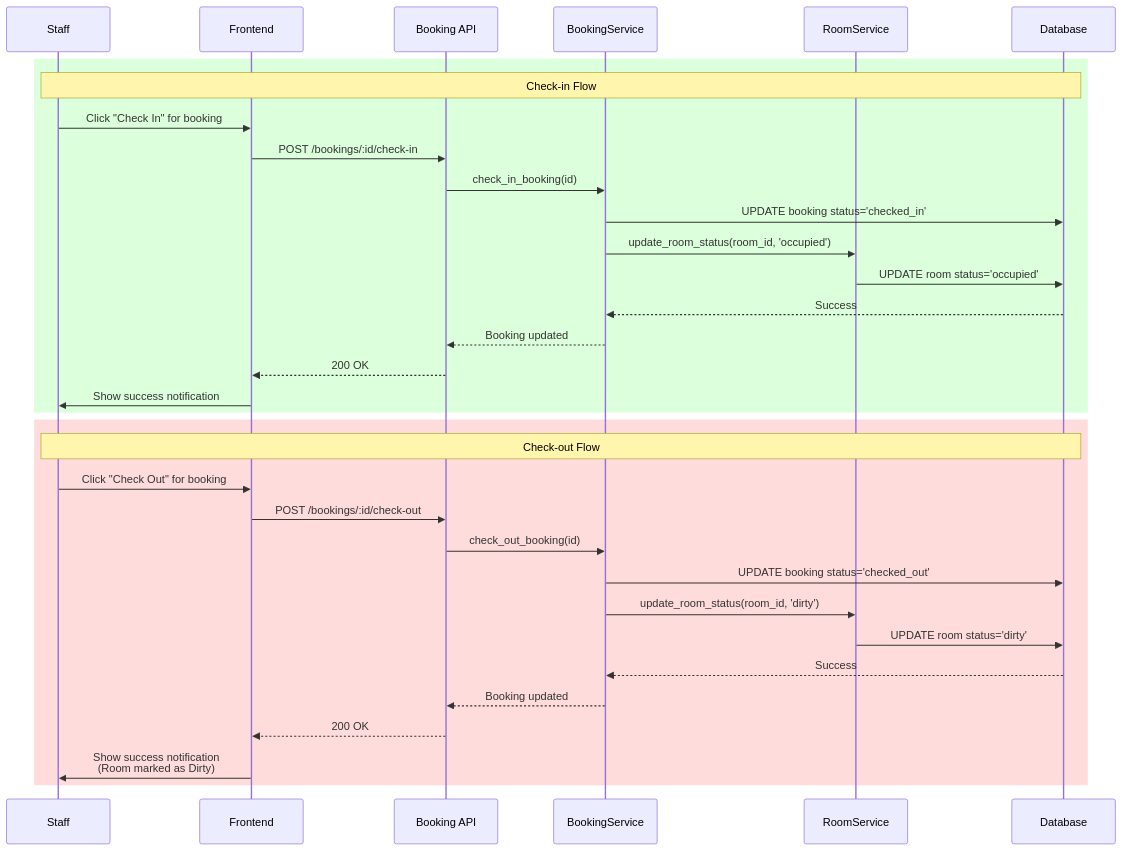
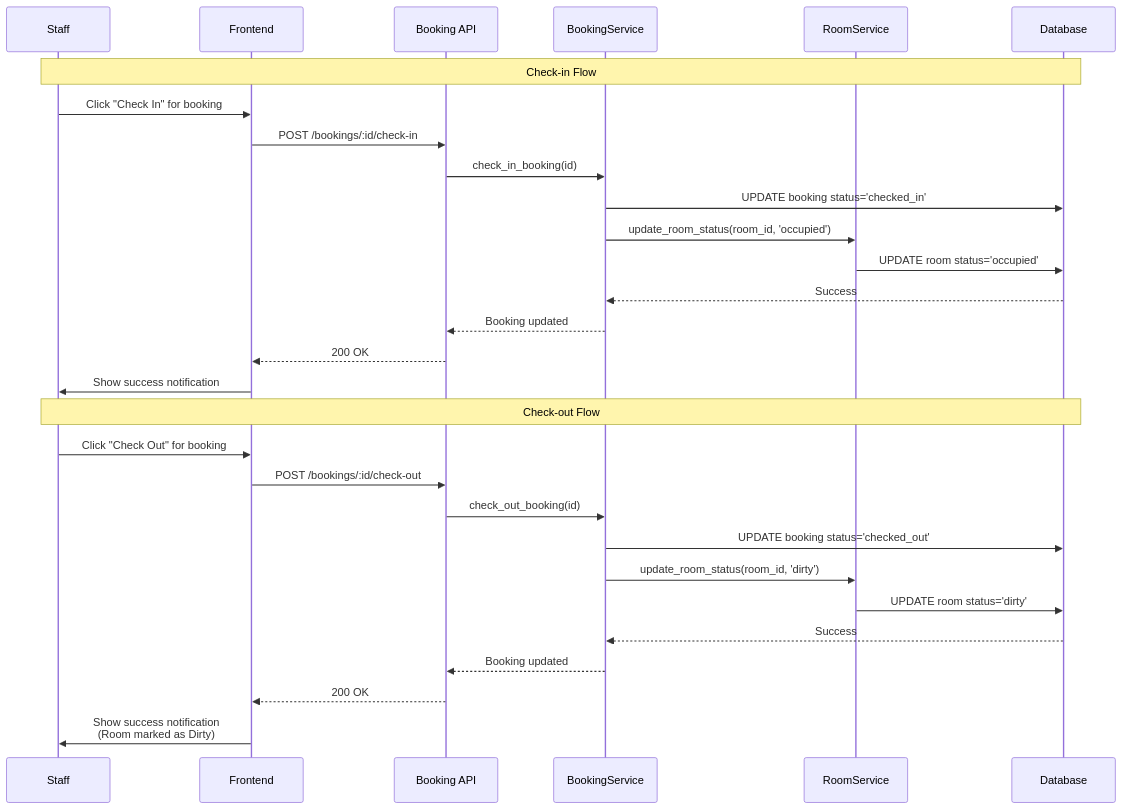
One commit to baohuyhuy/pupinn changed the sixth of 16 diagrams in data-flow.md. Above: the diagram before and after it, drawn with Mermaid. The commit also changed other lines of this file, not shown here.

Commit message:
Refactor sequence diagrams for clarity

````diff
--- a/data-flow.md
+++ b/data-flow.md
@@ -179,37 +175,33 @@
 ```mermaid
 sequenceDiagram
     participant S as Staff
     participant F as Frontend
     participant API as Booking API
     participant BS as BookingService
     participant RS as RoomService
     participant DB as Database
     
-    rect rgb(220, 255, 220)
-        Note over S,DB: Check-in Flow
-        S->>F: Click "Check In" for booking
-        F->>API: POST /bookings/:id/check-in
-        API->>BS: check_in_booking(id)
-        BS->>DB: UPDATE booking status='checked_in'
-        BS->>RS: update_room_status(room_id, 'occupied')
-        RS->>DB: UPDATE room status='occupied'
-        DB-->>BS: Success
-        BS-->>API: Booking updated
-        API-->>F: 200 OK
-        F->>S: Show success notification
-    end
+    Note over S,DB: Check-in Flow
+    S->>F: Click "Check In" for booking
+    F->>API: POST /bookings/:id/check-in
+    API->>BS: check_in_booking(id)
+    BS->>DB: UPDATE booking status='checked_in'
+    BS->>RS: update_room_status(room_id, 'occupied')
+    RS->>DB: UPDATE room status='occupied'
+    DB-->>BS: Success
+    BS-->>API: Booking updated
+    API-->>F: 200 OK
+    F->>S: Show success notification
     
-    rect rgb(255, 220, 220)
-        Note over S,DB: Check-out Flow
-        S->>F: Click "Check Out" for booking
-        F->>API: POST /bookings/:id/check-out
-        API->>BS: check_out_booking(id)
-        BS->>DB: UPDATE booking status='checked_out'
-        BS->>RS: update_room_status(room_id, 'dirty')
-        RS->>DB: UPDATE room status='dirty'
-        DB-->>BS: Success
-        BS-->>API: Booking updated
-        API-->>F: 200 OK
-        F->>S: Show success notification<br/>(Room marked as Dirty)
-    end
+    Note over S,DB: Check-out Flow
+    S->>F: Click "Check Out" for booking
+    F->>API: POST /bookings/:id/check-out
+    API->>BS: check_out_booking(id)
+    BS->>DB: UPDATE booking status='checked_out'
+    BS->>RS: update_room_status(room_id, 'dirty')
+    RS->>DB: UPDATE room status='dirty'
+    DB-->>BS: Success
+    BS-->>API: Booking updated
+    API-->>F: 200 OK
+    F->>S: Show success notification<br/>(Room marked as Dirty)
 ```
````
